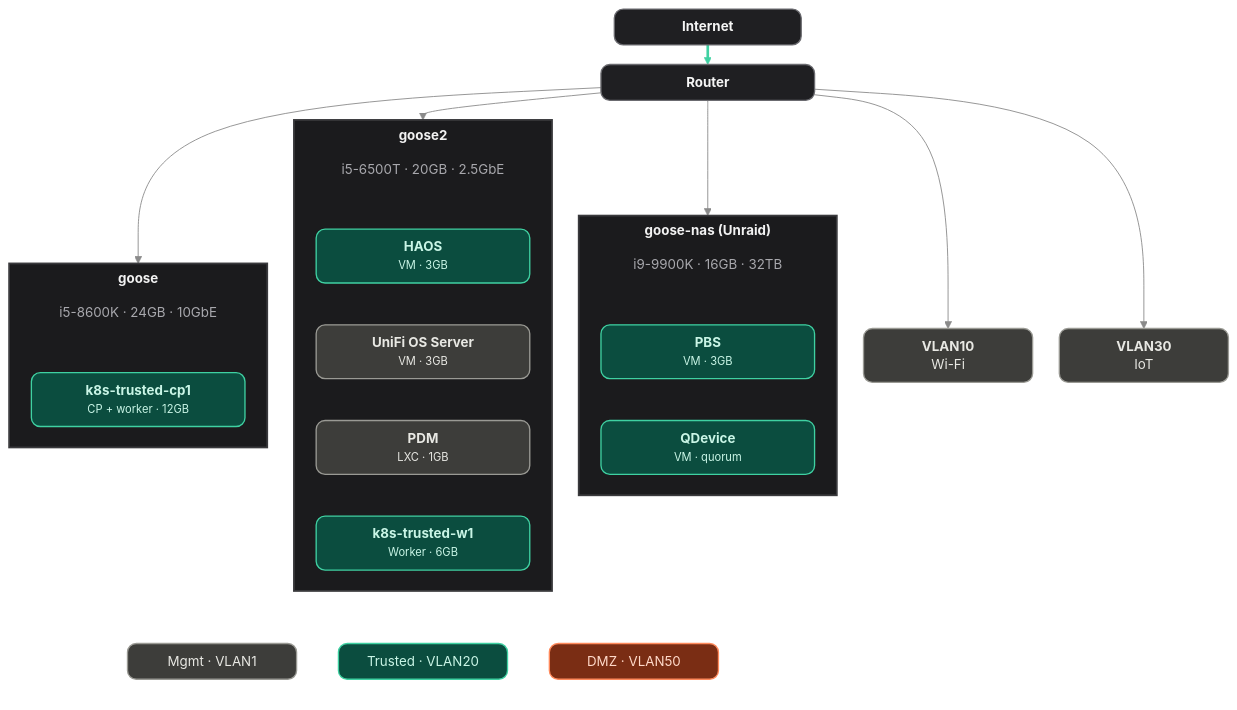
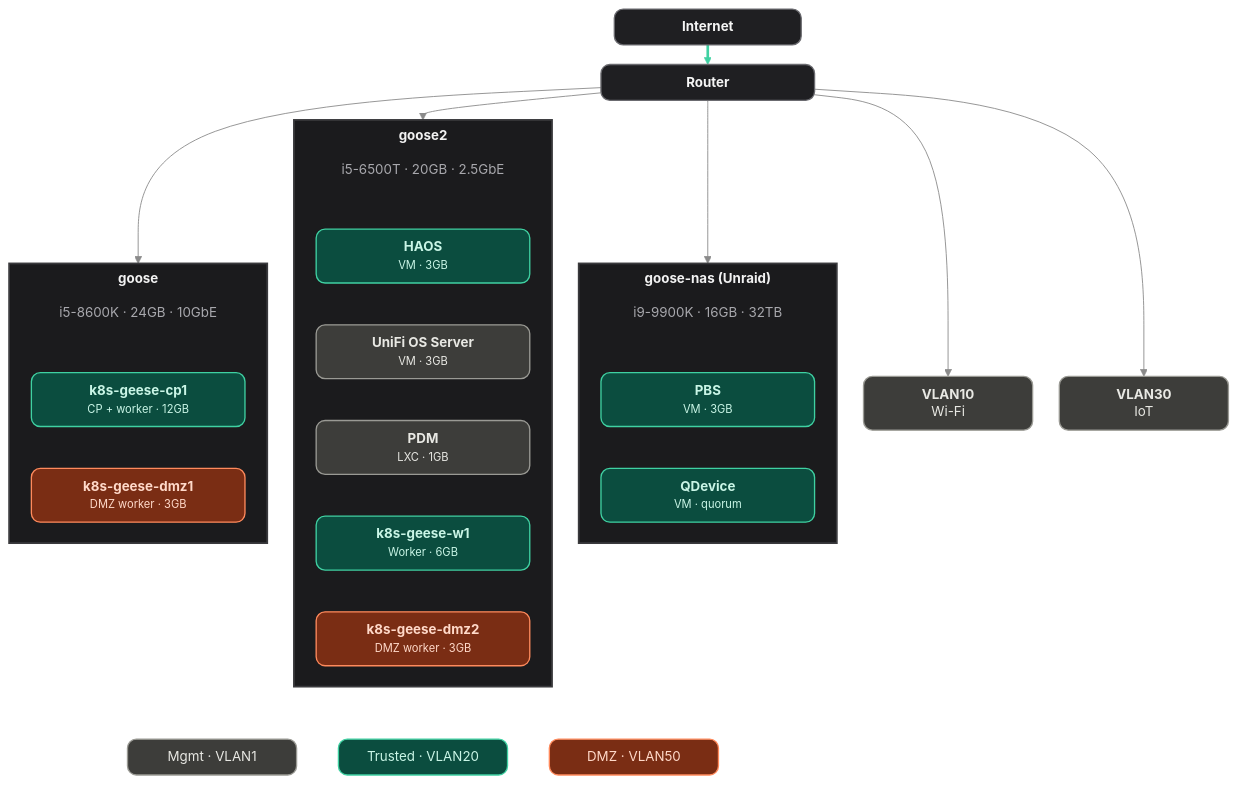
Before and after one commit to folatulip/homelab: the diagram in README.md, drawn with Mermaid. The commit also changed other lines of this file and 7 other files, not shown here.

```diff
--- a/README.md
+++ b/README.md
@@ -97,15 +98,17 @@
         HAOS["<div style='width:200px;text-align:center;line-height:1.35'><b>HAOS</b><br/><small>VM · 3GB</small></div>"]
         UOS["<div style='width:200px;text-align:center;line-height:1.35'><b>UniFi OS Server</b><br/><small>VM · 3GB</small></div>"]
         PDM["<div style='width:200px;text-align:center;line-height:1.35'><b>PDM</b><br/><small>LXC · 1GB</small></div>"]
-        K8TW["<div style='width:200px;text-align:center;line-height:1.35'><b>k8s-trusted-w1</b><br/><small>Worker · 6GB</small></div>"]
-        H2 ~~~ HAOS ~~~ UOS ~~~ PDM ~~~ K8TW
+        K8TW["<div style='width:200px;text-align:center;line-height:1.35'><b>k8s-geese-w1</b><br/><small>Worker · 6GB</small></div>"]
+        K8D2["<div style='width:200px;text-align:center;line-height:1.35'><b>k8s-geese-dmz2</b><br/><small>DMZ worker · 3GB</small></div>"]
+        H2 ~~~ HAOS ~~~ UOS ~~~ PDM ~~~ K8TW ~~~ K8D2
     end
 
     subgraph S1["<b>goose</b>"]
         direction TB
         H1["<div style='width:200px;text-align:center;line-height:1.35'>i5-8600K · 24GB · 10GbE</div>"]
-        K8TCP["<div style='width:200px;text-align:center;line-height:1.35'><b>k8s-trusted-cp1</b><br/><small>CP + worker · 12GB</small></div>"]
-        H1 ~~~ K8TCP
+        K8TCP["<div style='width:200px;text-align:center;line-height:1.35'><b>k8s-geese-cp1</b><br/><small>CP + worker · 12GB</small></div>"]
+        K8D1["<div style='width:200px;text-align:center;line-height:1.35'><b>k8s-geese-dmz1</b><br/><small>DMZ worker · 3GB</small></div>"]
+        H1 ~~~ K8TCP ~~~ K8D1
     end
 
     subgraph LEGEND[" "]
@@ -127,7 +130,7 @@
     class H1,H2,H3 hdr
     class WIFI,IOT,UOS,PDM,L1 mgmt
     class K8TCP,K8TW,HAOS,PBS,QDEV,L2 trusted
-    class L3 dmz
+    class K8D1,K8D2,L3 dmz
 
     style S1 fill:#1b1b1d,stroke:#3a3a3d,stroke-width:2px
     style S2 fill:#1b1b1d,stroke:#3a3a3d,stroke-width:2px
```
